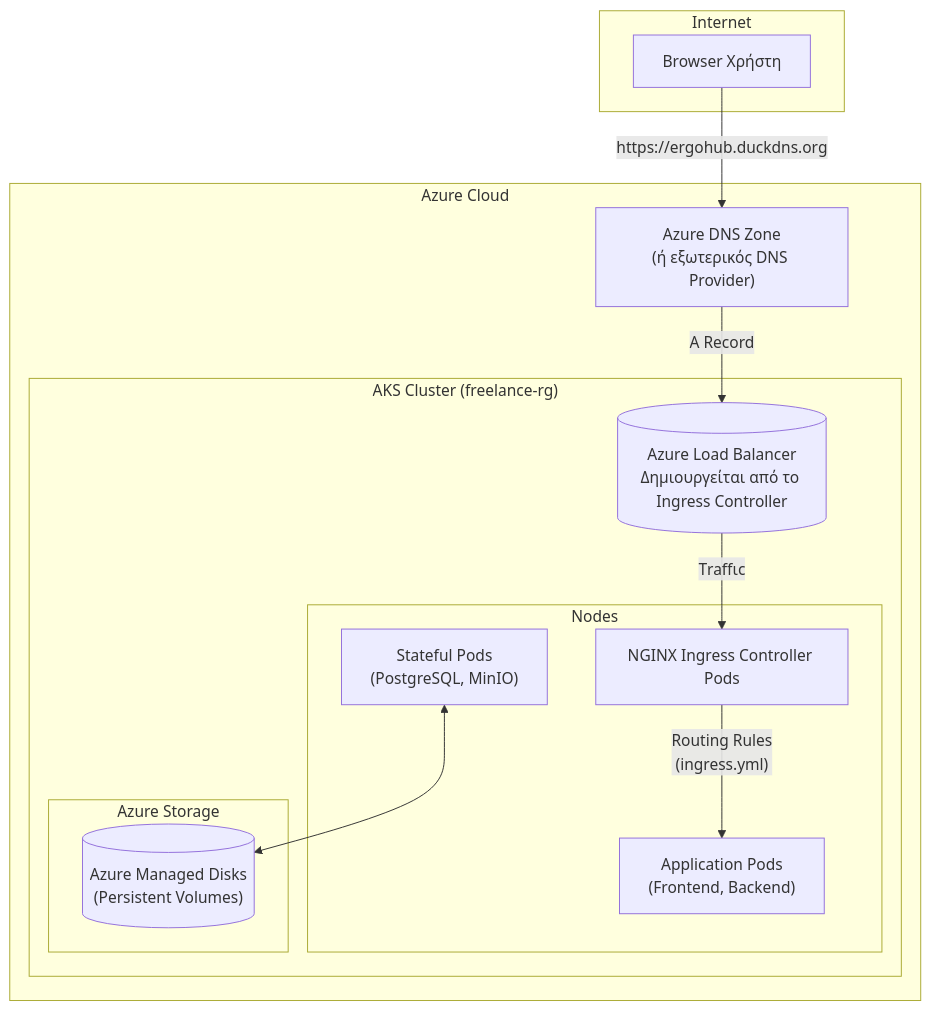
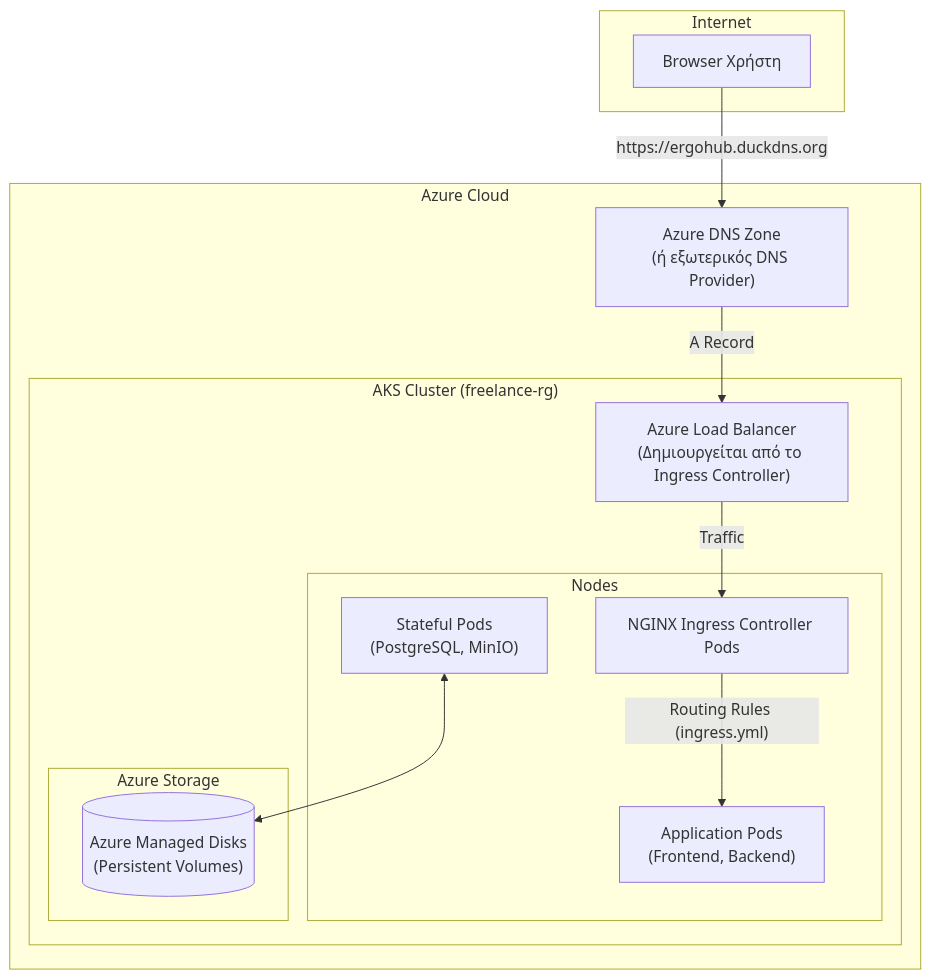
The diagram in azure/README.md (naasssssty/Freelance), drawn with Mermaid before and after one commit.

Commit message:
fix(docs): Correct Mermaid diagram syntax in Azure README

````diff
--- a/azure/README.md
+++ b/azure/README.md
@@ -11,31 +11,31 @@
 ```mermaid
 graph TD
     subgraph "Internet"
         USER["Browser Χρήστη"]
     end
 
     subgraph "Azure Cloud"
         DNS["Azure DNS Zone<br/>(ή εξωτερικός DNS Provider)"]
         
         subgraph "AKS Cluster (freelance-rg)"
-            LB[("Azure Load Balancer<br/>Δημιουργείται από το Ingress Controller")]
+            LB["Azure Load Balancer<br/>(Δημιουργείται από το Ingress Controller)"]
             
             subgraph "Nodes"
                 ING_PODS["NGINX Ingress Controller Pods"]
                 APP_PODS["Application Pods<br/>(Frontend, Backend)"]
                 STATE_PODS["Stateful Pods<br/>(PostgreSQL, MinIO)"]
             end
             
             subgraph "Azure Storage"
-                DISK[("Azure Managed Disks<br/>(Persistent Volumes)")];
+                DISK[("Azure Managed Disks<br/>(Persistent Volumes)")]
             end
         end
     end
 
     USER -- "https://ergohub.duckdns.org" --> DNS
     DNS -- "A Record" --> LB
-    LB -- "Τraffιc" --> ING_PODS
+    LB -- "Traffic" --> ING_PODS
     
-    ING_PODS -- "Routing Rules<br/>(ingress.yml)" --> APP_PODS
+    ING_PODS -- "Routing Rules (ingress.yml)" --> APP_PODS
     STATE_PODS <--> DISK
 ```
````
